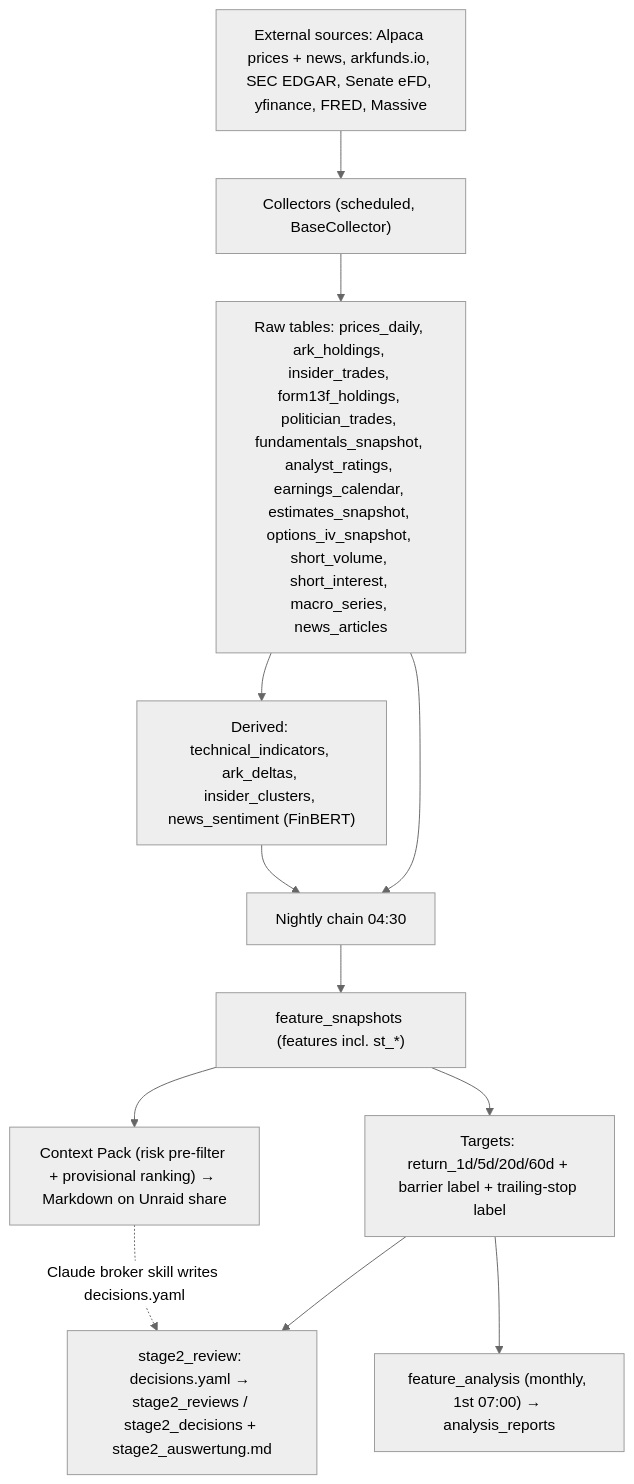
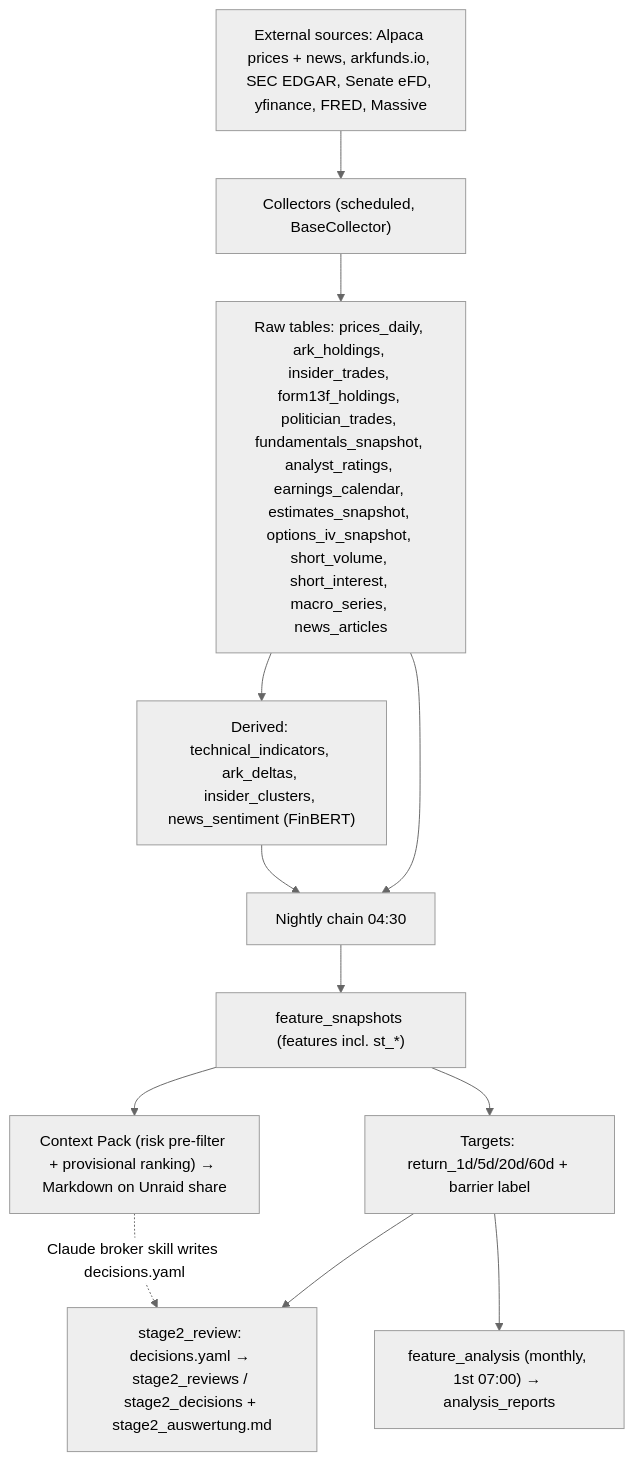
One commit to sebastianganser/Alpaca-Broker changed the first of 2 diagrams in docs/ARCHITECTURE.md. Above: the diagram before and after it, drawn with Mermaid (neutral theme). The commit also changed other lines of this file and 20 other files, not shown here.

First line of the commit message:
refactor(targets): remove the trailing-stop label again (migration 038), neutral model target

````diff
--- a/docs/ARCHITECTURE.md
+++ b/docs/ARCHITECTURE.md
@@ -240,14 +239,14 @@
 ```mermaid
 flowchart TD
     SRC["External sources: Alpaca prices + news, arkfunds.io, SEC EDGAR, Senate eFD, yfinance, FRED, Massive"] --> COL["Collectors (scheduled, BaseCollector)"]
     COL --> RAW["Raw tables: prices_daily, ark_holdings, insider_trades, form13f_holdings, politician_trades, fundamentals_snapshot, analyst_ratings, earnings_calendar, estimates_snapshot, options_iv_snapshot, short_volume, short_interest, macro_series, news_articles"]
     RAW --> DER["Derived: technical_indicators, ark_deltas, insider_clusters, news_sentiment (FinBERT)"]
     RAW --> CHAIN
     DER --> CHAIN["Nightly chain 04:30"]
     CHAIN --> FS["feature_snapshots (features incl. st_*)"]
-    FS --> TGT["Targets: return_1d/5d/20d/60d + barrier label + trailing-stop label"]
+    FS --> TGT["Targets: return_1d/5d/20d/60d + barrier label"]
     TGT --> S2["stage2_review: decisions.yaml → stage2_reviews / stage2_decisions + stage2_auswertung.md"]
     FS --> CP["Context Pack (risk pre-filter + provisional ranking) → Markdown on Unraid share"]
     CP -. "Claude broker skill writes decisions.yaml" .-> S2
     TGT --> FA["feature_analysis (monthly, 1st 07:00) → analysis_reports"]
 ```
````
